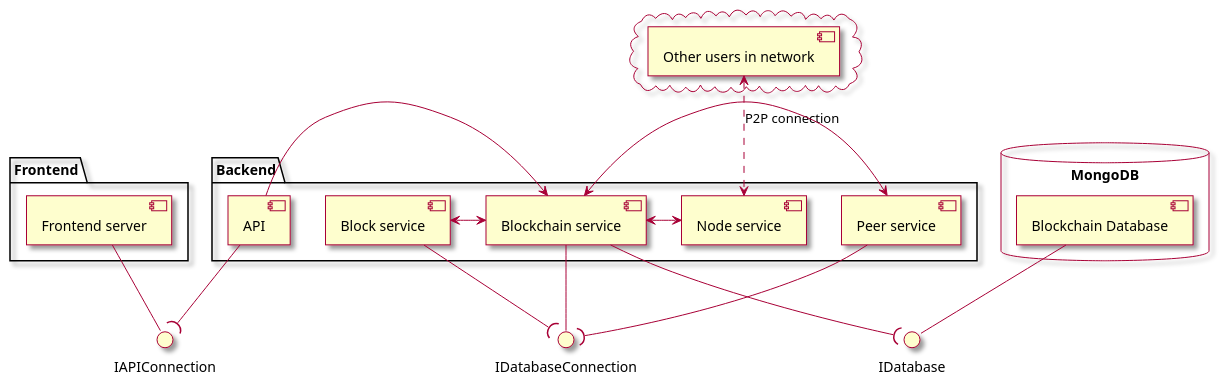
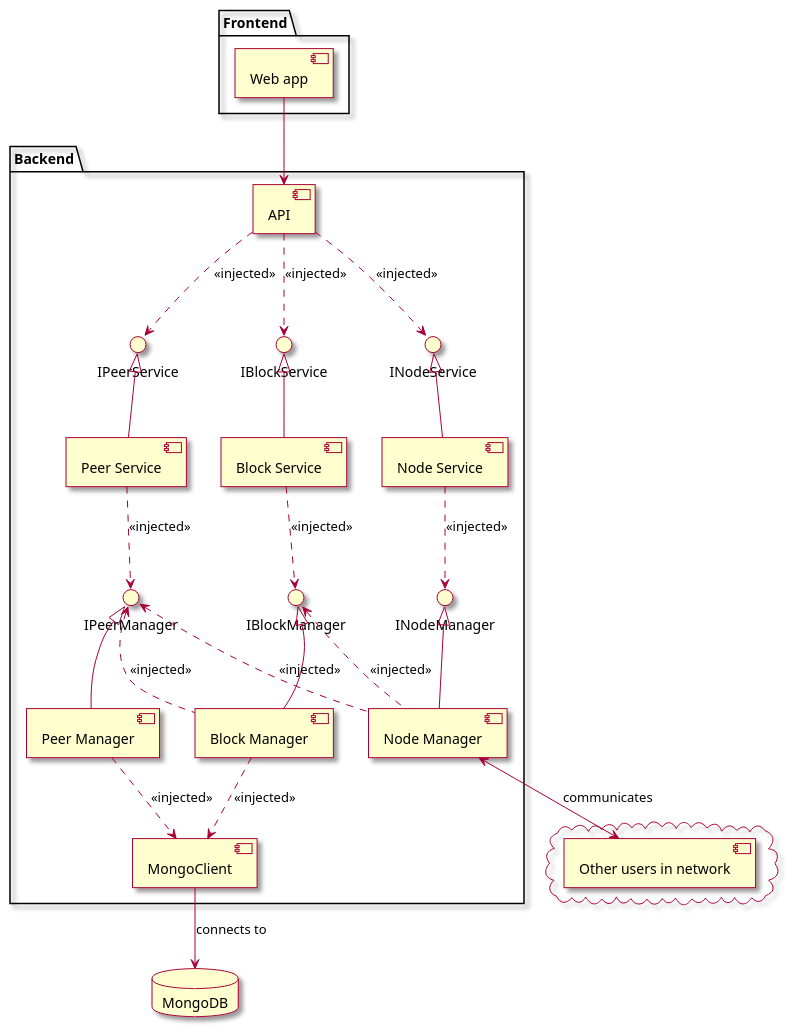
Before and after one commit to WojciechSzade/dpachain: the diagram in docs/diagram_komponentow_architektury.puml, drawn with PlantUML. The commit also changed 12 other files, not shown here.

```diff
--- a/docs/diagram_komponentow_architektury.puml
+++ b/docs/diagram_komponentow_architektury.puml
@@ -1,44 +1,66 @@
 @startuml
+skin rose
 
-skin rose
-database "MongoDB" {
-component [Blockchain Database] as DB
-}
-package "Backend"{
-component [Blockchain service] as BM
-component [API]
-component [Node service] as NM
-component [Peer service] as PM
-component [Block service] as BS
-}
-cloud {
-component [Other users in network] as users
+
+database "MongoDB" as MDB
+
+package "Backend" {
+  
+  component [MongoClient] as MC
+  MC --> MDB : connects to
+
+  
+
+  component [API]
+  component [Block Manager] as BM
+  component [Node Manager] as NM
+  component [Peer Manager] as PM
+  component [Block Service] as BS
+  component [Node Service] as NS
+  component [Peer Service] as PS
+  
+  interface IBlockManager as IBM
+  interface INodeManager as INM
+  interface IPeerManager as IPM
+  interface IBlockService as IBS
+  interface INodeService as INS
+  interface IPeerService as IPS
+
+
+  BS -up-|> IBS
+  NS -up-|> INS
+  PS -up-|> IPS
+  
+  BM -up-|> IBM
+  NM -up-|> INM
+  PM -up-|> IPM
+
+  NS ..> INM : <<injected>>
+  PS ..> IPM : <<injected>>
+  BS ..> IBM : <<injected>>
+  
+  BM .up.> IPM : <<injected>>
+  NM .up.> IPM : <<injected>>
+  NM .up.> IBM : <<injected>>
+  
+  
+  API .down.> INS : <<injected>>
+  API .down.> IPS : <<injected>>
+  API .down.> IBS : <<injected>>
+
+PM ..> MC : <<injected>>
+BM ..> MC : <<injected>>
 }
 
 package "Frontend" {
-component [Frontend server] as FS
+  component [Web app] as FS
 }
 
+cloud {
+  component [Other users in network] as users
+}
 
-interface IDatabaseConnection
-interface IAPIConnection
-
-DB -- IDatabase
-
-BM --( IDatabase
-BM -- IDatabaseConnection
-BS --( IDatabaseConnection
-PM --( IDatabaseConnection
-
-NM <.up.> users : P2P connection
-
-API -> BM
-BM <-> BS
-BM <-> NM
-BM <-> PM
-
-API --( IAPIConnection
-FS -- IAPIConnection
-
+NM <--> users : communicates
+FS --> API
 
 @enduml
```
